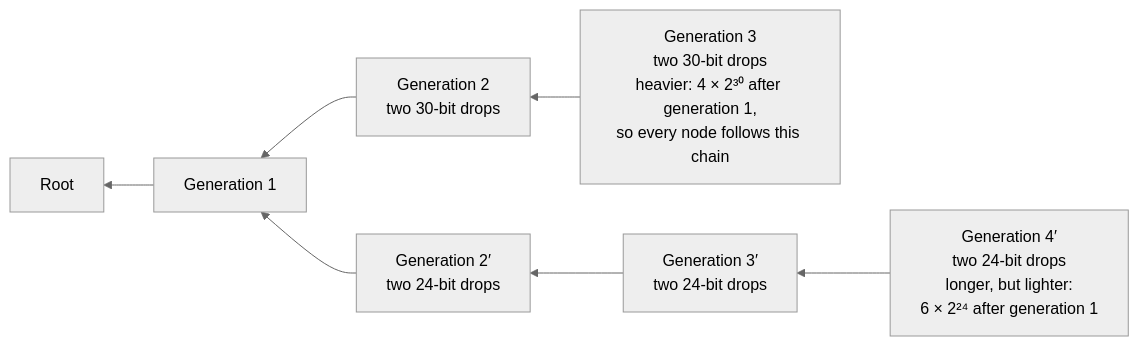
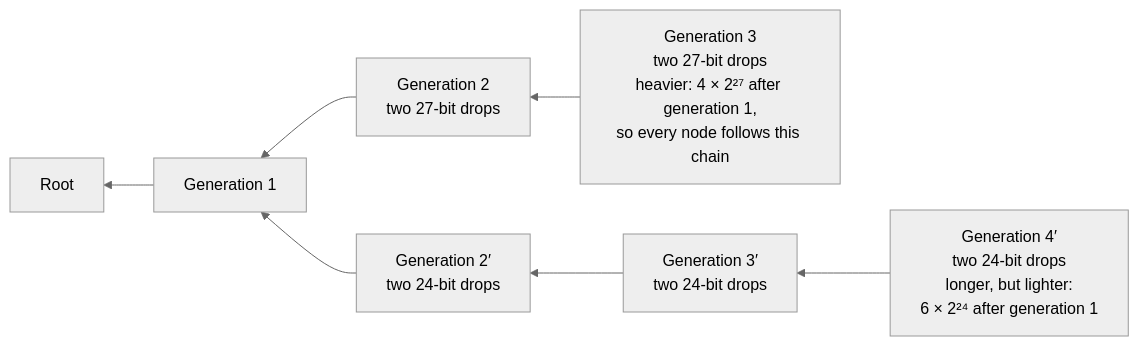
Before and after one commit to marcpage/libranet: the second of 5 diagrams in docs/specs/KarmaLedger.md, drawn with Mermaid (neutral theme). The commit also changed other lines of this file and 8 other files, not shown here.

````diff
--- a/docs/specs/KarmaLedger.md
+++ b/docs/specs/KarmaLedger.md
@@ -165,10 +178,10 @@
 ```mermaid
 flowchart RL
     root["Root"]
     g1["Generation 1"] --> root
-    a2["Generation 2<br/>two 30-bit drops"] --> g1
-    a3["Generation 3<br/>two 30-bit drops<br/>heavier: 4 × 2³⁰ after generation 1,<br/>so every node follows this chain"] --> a2
+    a2["Generation 2<br/>two 27-bit drops"] --> g1
+    a3["Generation 3<br/>two 27-bit drops<br/>heavier: 4 × 2²⁷ after generation 1,<br/>so every node follows this chain"] --> a2
     b2["Generation 2′<br/>two 24-bit drops"] --> g1
     b3["Generation 3′<br/>two 24-bit drops"] --> b2
     b4["Generation 4′<br/>two 24-bit drops<br/>longer, but lighter:<br/>6 × 2²⁴ after generation 1"] --> b3
 ```
````
